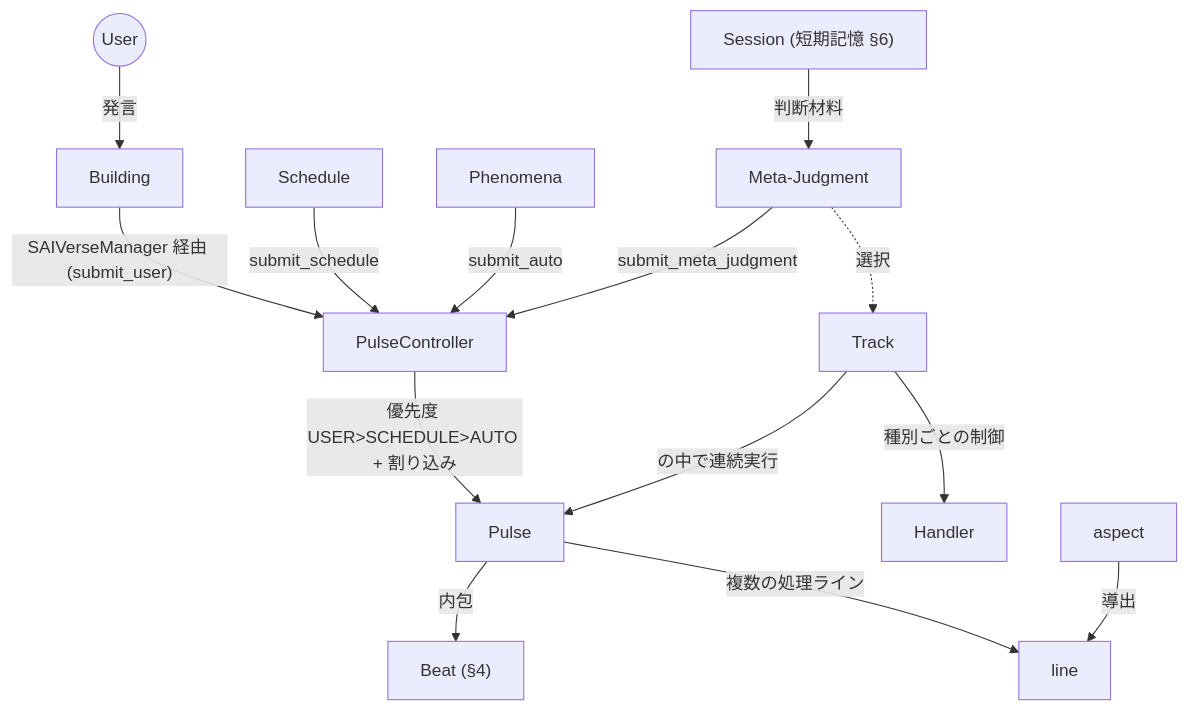
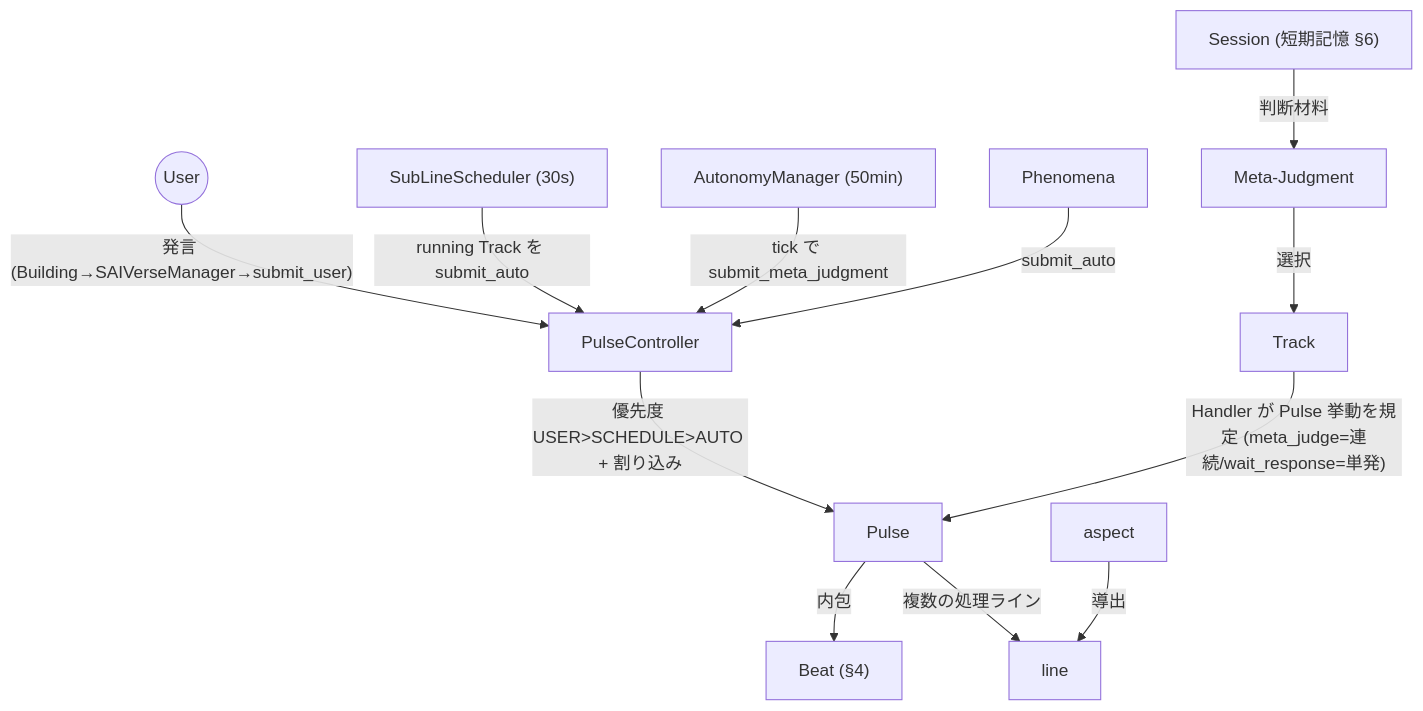
One commit to maha0525/SAIVerse changed the third of 7 diagrams in docs/overview/landscape.md. Above: the diagram before and after it, drawn with Mermaid. The commit also changed other lines of this file, not shown here.

First line of the commit message:
俯瞰地図 v1.5: 駆動の時間機構と Handler の Pulse 挙動制御を反映

````diff
--- a/docs/overview/landscape.md
+++ b/docs/overview/landscape.md
@@ -136,16 +154,14 @@
 ```mermaid
 graph TD
-    User((User)) -->|発言| Building
-    Building -->|"SAIVerseManager 経由 (submit_user)"| PulseController
-    Schedule -->|submit_schedule| PulseController
+    User((User)) -->|"発言 (Building→SAIVerseManager→submit_user)"| PulseController
+    SubLineScheduler["SubLineScheduler (30s)"] -->|running Track を submit_auto| PulseController
+    AutonomyManager["AutonomyManager (50min)"] -->|tick で submit_meta_judgment| PulseController
     Phenomena -->|submit_auto| PulseController
     Session["Session (短期記憶 §6)"] -->|判断材料| MetaJudgment["Meta-Judgment"]
-    MetaJudgment -->|submit_meta_judgment| PulseController
+    MetaJudgment -->|選択| Track
     PulseController -->|"優先度 USER>SCHEDULE>AUTO + 割り込み"| Pulse
-    MetaJudgment -.->|選択| Track
-    Track -->|種別ごとの制御| Handler
-    Track -->|の中で連続実行| Pulse
+    Track -->|"Handler が Pulse 挙動を規定 (meta_judge=連続/wait_response=単発)"| Pulse
     Pulse -->|内包| Beat["Beat (§4)"]
     Pulse -->|複数の処理ライン| line
     aspect -->|導出| line
 ```
````
